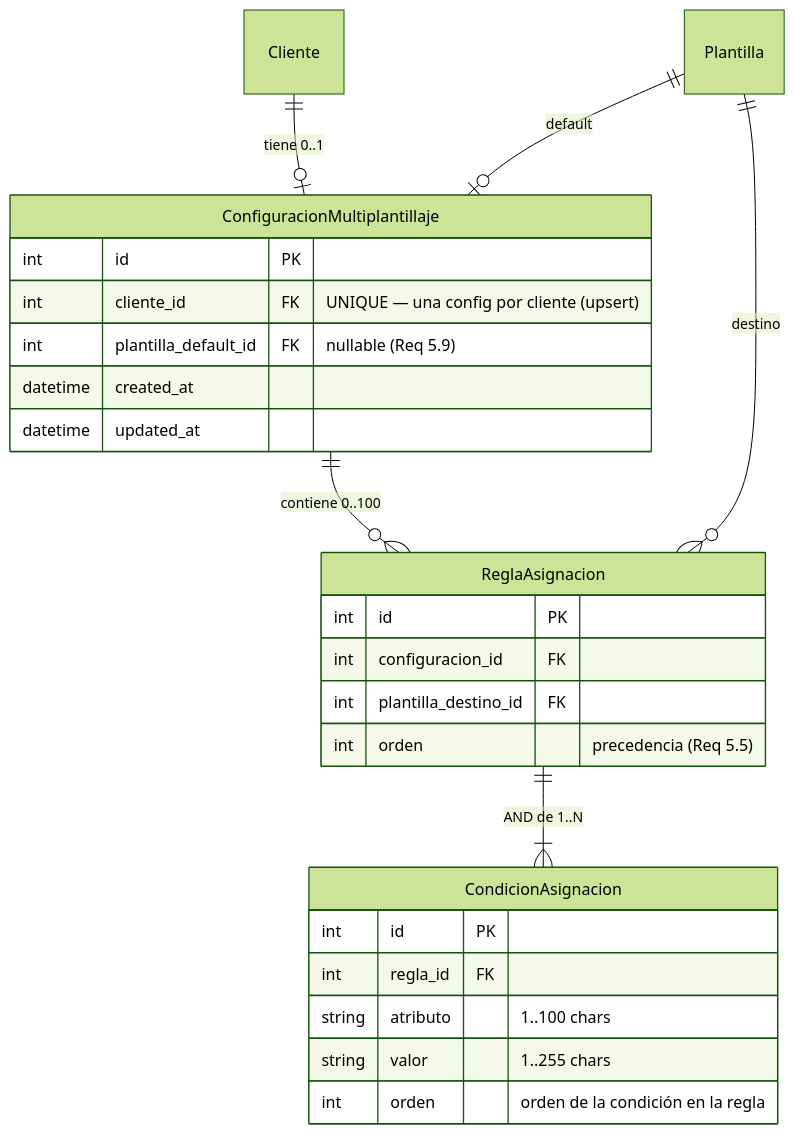
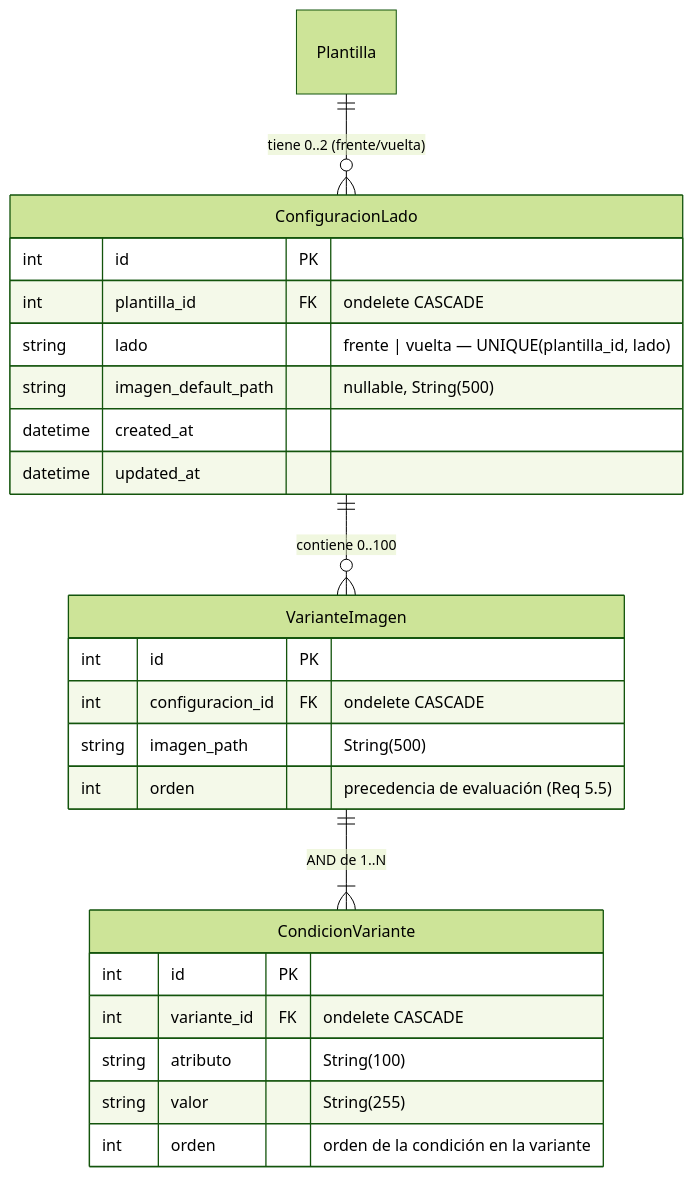
One commit to kioriy/sistema_credencializacion changed the fourth of 4 diagrams in .kiro/specs/multiplantillaje-base/design.md. Above: the diagram before and after it, drawn with Mermaid (forest theme). The commit also changed other lines of this file and 37 other files, not shown here.

````diff
--- a/.kiro/specs/multiplantillaje-base/design.md
+++ b/.kiro/specs/multiplantillaje-base/design.md
@@ -210,29 +243,28 @@
 ```mermaid
 erDiagram
-    Cliente ||--o| ConfiguracionMultiplantillaje : "tiene 0..1"
-    ConfiguracionMultiplantillaje ||--o{ ReglaAsignacion : "contiene 0..100"
-    ReglaAsignacion ||--|{ CondicionAsignacion : "AND de 1..N"
-    Plantilla ||--o{ ReglaAsignacion : "destino"
-    Plantilla ||--o| ConfiguracionMultiplantillaje : "default"
+    Plantilla ||--o{ ConfiguracionLado : "tiene 0..2 (frente/vuelta)"
+    ConfiguracionLado ||--o{ VarianteImagen : "contiene 0..100"
+    VarianteImagen ||--|{ CondicionVariante : "AND de 1..N"
 
-    ConfiguracionMultiplantillaje {
+    ConfiguracionLado {
         int id PK
-        int cliente_id FK "UNIQUE — una config por cliente (upsert)"
-        int plantilla_default_id FK "nullable (Req 5.9)"
+        int plantilla_id FK "ondelete CASCADE"
+        string lado "frente | vuelta — UNIQUE(plantilla_id, lado)"
+        string imagen_default_path "nullable, String(500)"
         datetime created_at
         datetime updated_at
     }
-    ReglaAsignacion {
+    VarianteImagen {
         int id PK
-        int configuracion_id FK
-        int plantilla_destino_id FK
-        int orden "precedencia (Req 5.5)"
+        int configuracion_id FK "ondelete CASCADE"
+        string imagen_path "String(500)"
+        int orden "precedencia de evaluación (Req 5.5)"
     }
-    CondicionAsignacion {
+    CondicionVariante {
         int id PK
-        int regla_id FK
-        string atributo "1..100 chars"
-        string valor "1..255 chars"
-        int orden "orden de la condición en la regla"
+        int variante_id FK "ondelete CASCADE"
+        string atributo "String(100)"
+        string valor "String(255)"
+        int orden "orden de la condición en la variante"
     }
 ```
````
